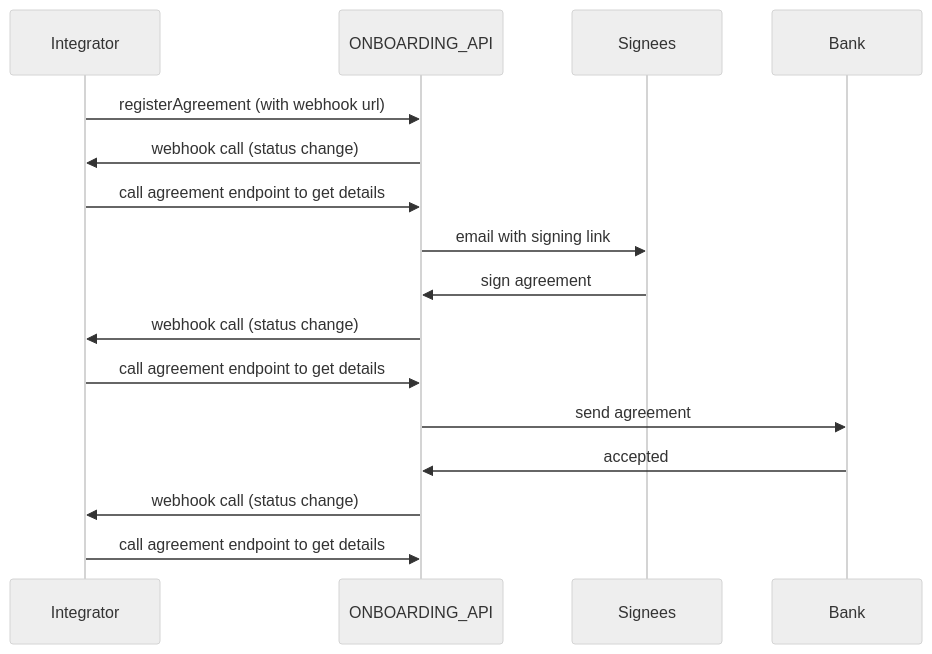
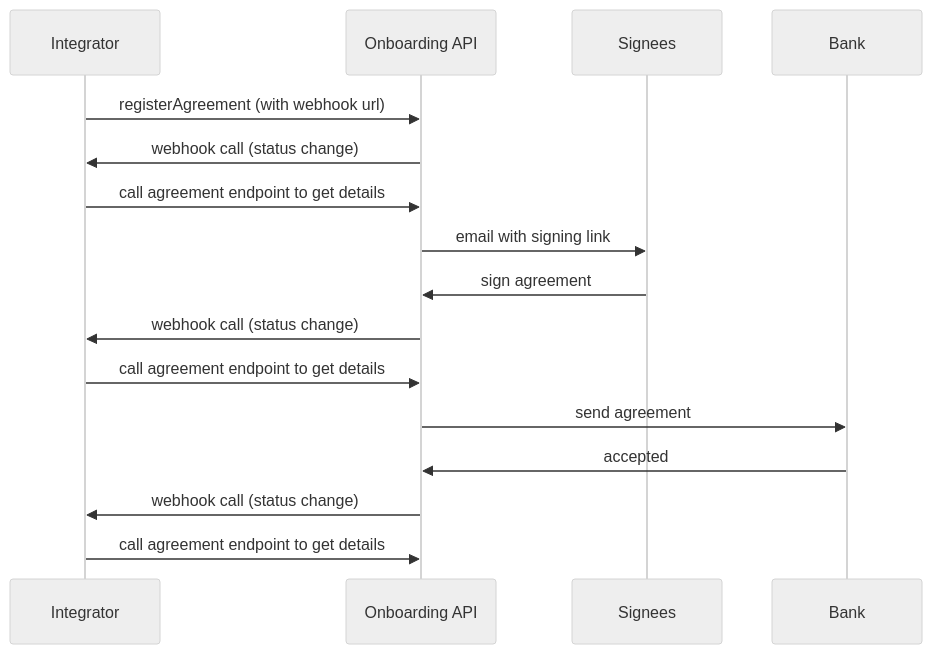
One commit to BankAxept/bankaxept-onboarding-external-documentation changed the sixth of 6 diagrams in docs/getting_started.md. Above: the diagram before and after it, drawn with Mermaid (neutral theme). The commit also changed other lines of this file and 1 other file, not shown here.

````diff
--- a/docs/getting_started.md
+++ b/docs/getting_started.md
@@ -202,18 +238,18 @@
 ```mermaid
 sequenceDiagram
     participant Integrator
-    participant ONBOARDING_API
+    participant Onboarding API
     participant Signees
     participant Bank
-    Integrator->>ONBOARDING_API: registerAgreement (with webhook url)
-    ONBOARDING_API->>Integrator: webhook call (status change)
-    Integrator->>ONBOARDING_API: call agreement endpoint to get details
-    ONBOARDING_API->>Signees: email with signing link
-    Signees->>ONBOARDING_API: sign agreement
-    ONBOARDING_API->>Integrator: webhook call (status change)
-    Integrator->>ONBOARDING_API: call agreement endpoint to get details
-    ONBOARDING_API->>Bank: send agreement
-    Bank->>ONBOARDING_API: accepted
-    ONBOARDING_API->>Integrator: webhook call (status change)
-    Integrator->>ONBOARDING_API: call agreement endpoint to get details
+    Integrator->>Onboarding API: registerAgreement (with webhook url)
+    Onboarding API->>Integrator: webhook call (status change)
+    Integrator->>Onboarding API: call agreement endpoint to get details
+    Onboarding API->>Signees: email with signing link
+    Signees->>Onboarding API: sign agreement
+    Onboarding API->>Integrator: webhook call (status change)
+    Integrator->>Onboarding API: call agreement endpoint to get details
+    Onboarding API->>Bank: send agreement
+    Bank->>Onboarding API: accepted
+    Onboarding API->>Integrator: webhook call (status change)
+    Integrator->>Onboarding API: call agreement endpoint to get details
 ```
````
